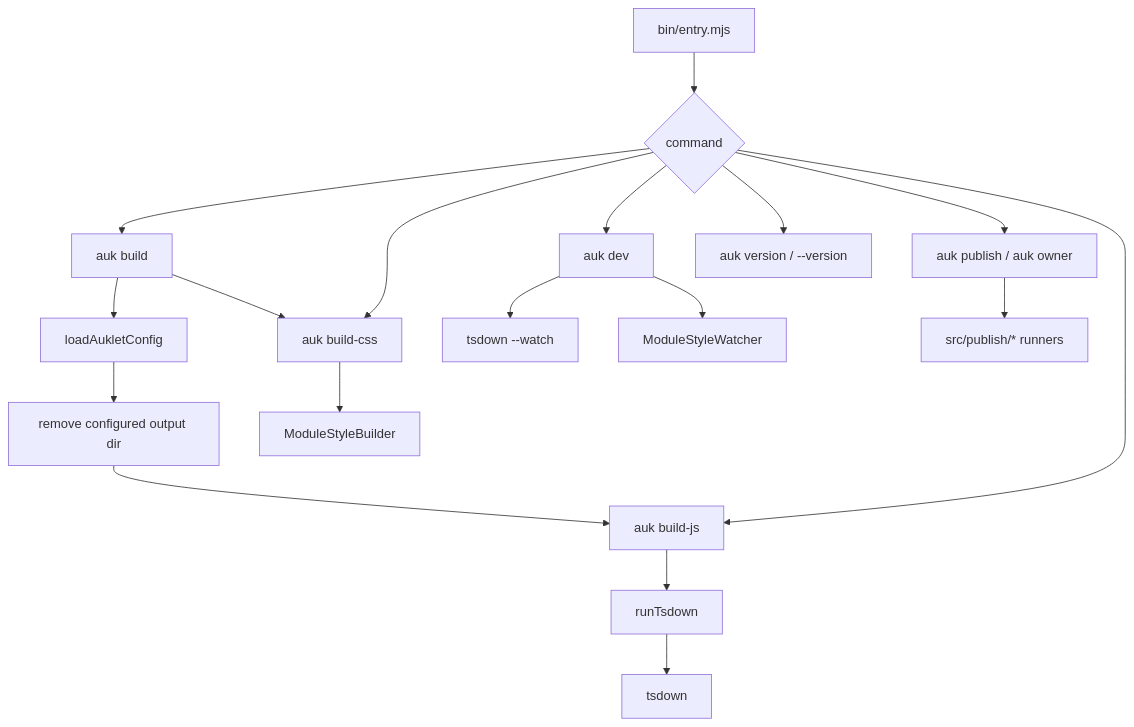
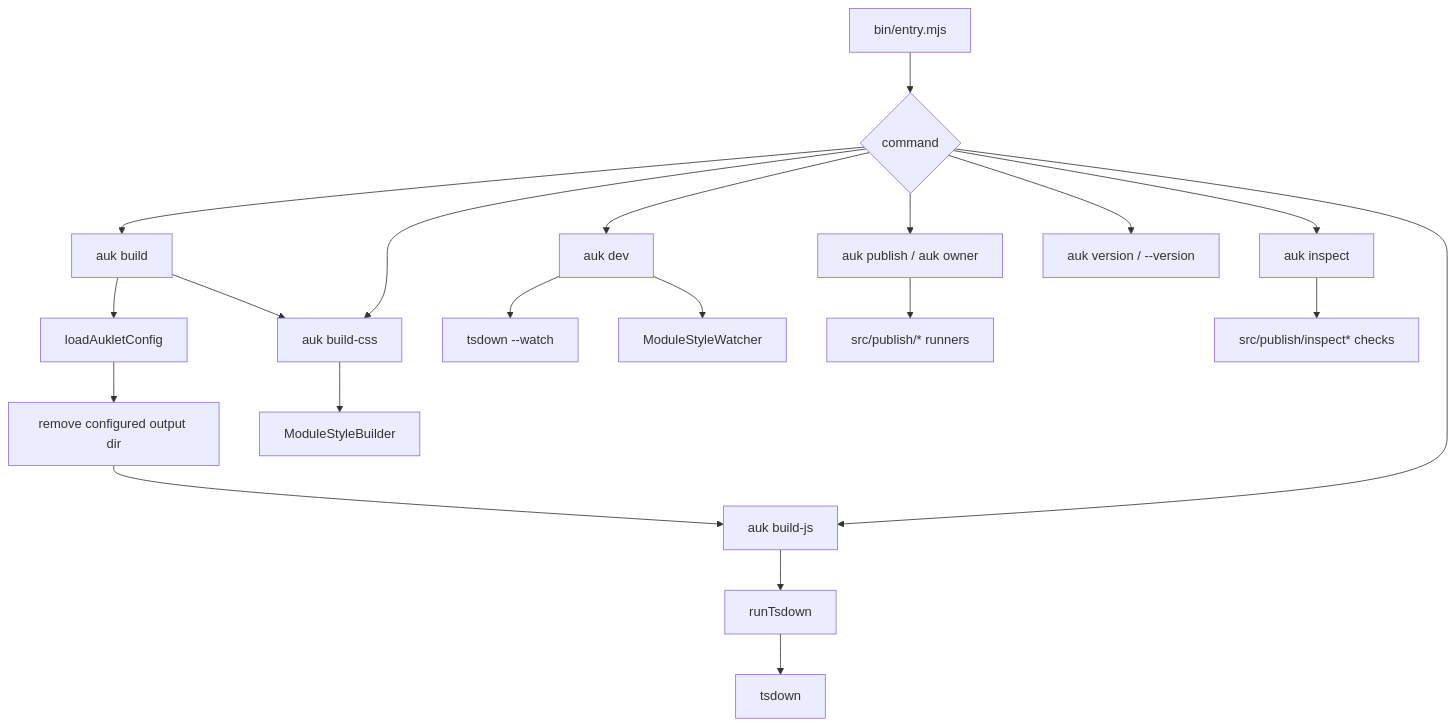
One commit to imtaotao/auklet changed the second of 2 diagrams in docs/architecture.md. Above: the diagram before and after it, drawn with Mermaid. The commit also changed other lines of this file and 24 other files, not shown here.

Commit message:
feat: add publish inspect checks

````diff
--- a/docs/architecture.md
+++ b/docs/architecture.md
@@ -156,21 +157,23 @@
 ```mermaid
 flowchart TD
   CLI["bin/entry.mjs"] --> Command{"command"}
   Command --> Build["auk build"]
   Command --> BuildJs["auk build-js"]
   Command --> BuildStyle["auk build-css"]
   Command --> Dev["auk dev"]
   Command --> Publish["auk publish / auk owner"]
+  Command --> Inspect["auk inspect"]
   Command --> Version["auk version / --version"]
 
   Build --> LoadBuildConfig["loadAukletConfig"]
   LoadBuildConfig --> CleanOutput["remove configured output dir"]
   CleanOutput --> BuildJs
   BuildJs --> RunTsdown["runTsdown"]
   RunTsdown --> Tsdown["tsdown"]
   Build --> BuildStyle
   BuildStyle --> StyleBuilder["ModuleStyleBuilder"]
   Dev --> JsWatch["tsdown --watch"]
   Dev --> StyleWatch["ModuleStyleWatcher"]
   Publish --> PublishRunner["src/publish/* runners"]
+  Inspect --> InspectRunner["src/publish/inspect* checks"]
 ```
````
